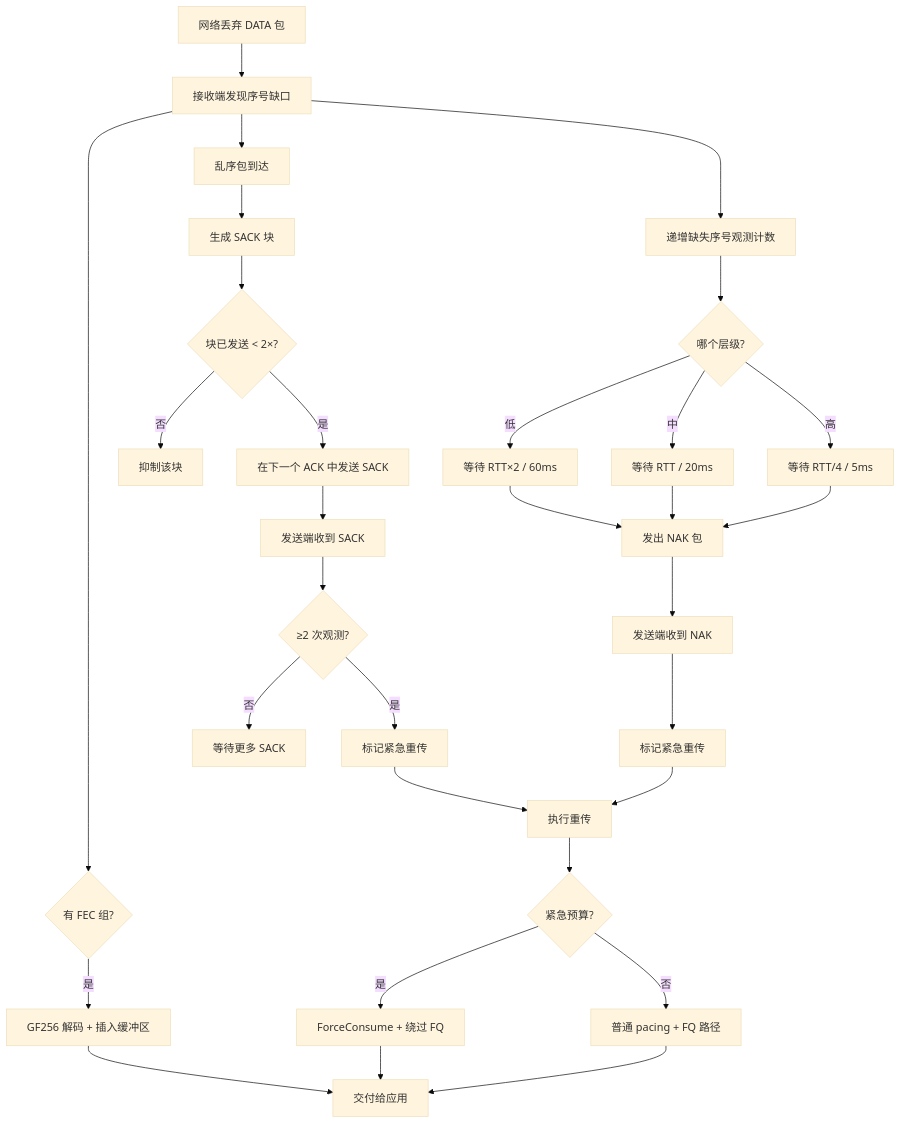
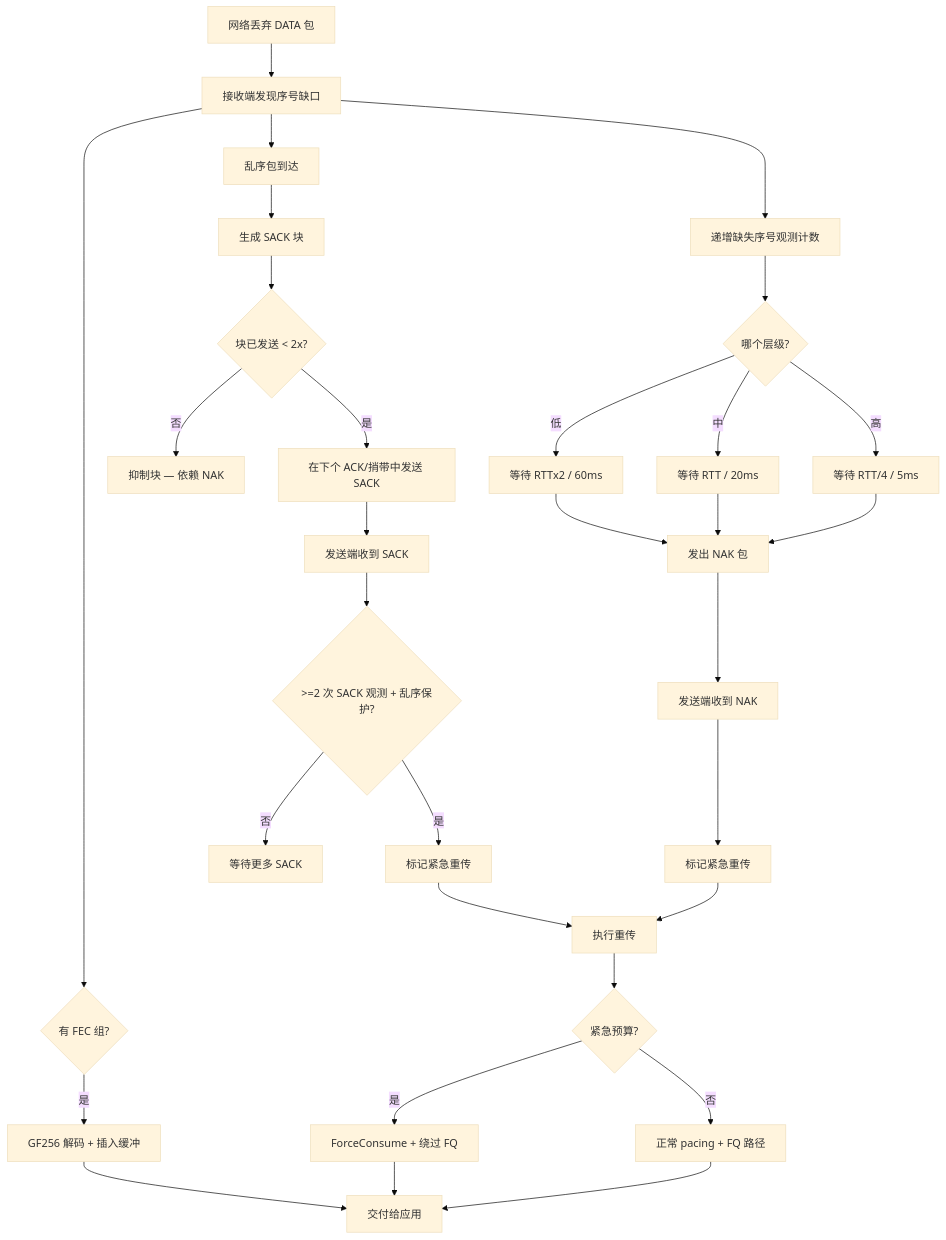
Before and after one commit to liulilittle/ucp: the fourth of 4 diagrams in docs/performance_CN.md, drawn with Mermaid (base theme). The commit also changed other lines of this file and 17 other files, not shown here.

````diff
--- a/docs/performance_CN.md
+++ b/docs/performance_CN.md
@@ -132,41 +153,41 @@
 ```mermaid
 flowchart TD
     Drop[网络丢弃 DATA 包] --> Gap[接收端发现序号缺口]
 
     Gap --> OutOfOrder[乱序包到达]
     OutOfOrder --> SackGen[生成 SACK 块]
-    SackGen --> SackLimit{块已发送 < 2×?}
-    SackLimit -->|是| SackSend[在下一个 ACK 中发送 SACK]
-    SackLimit -->|否| SackSuppress[抑制该块]
+    SackGen --> SackLimit{块已发送 < 2x?}
+    SackLimit -->|是| SackSend[在下个 ACK/捎带中发送 SACK]
+    SackLimit -->|否| SackSuppress[抑制块 — 依赖 NAK]
 
     SackSend --> SackRecv[发送端收到 SACK]
-    SackRecv --> SackEval{≥2 次观测?}
+    SackRecv --> SackEval{>=2 次 SACK 观测 + 乱序保护?}
     SackEval -->|是| SackRepair[标记紧急重传]
     SackEval -->|否| SackWait[等待更多 SACK]
 
     Gap --> ObsCount[递增缺失序号观测计数]
     ObsCount --> NakTier{哪个层级?}
-    NakTier -->|低| NakGuard1[等待 RTT×2 / 60ms]
+    NakTier -->|低| NakGuard1[等待 RTTx2 / 60ms]
     NakTier -->|中| NakGuard2[等待 RTT / 20ms]
     NakTier -->|高| NakGuard3[等待 RTT/4 / 5ms]
     NakGuard1 --> NakEmit[发出 NAK 包]
     NakGuard2 --> NakEmit
     NakGuard3 --> NakEmit
 
     NakEmit --> NakRecv[发送端收到 NAK]
     NakRecv --> NakRepair[标记紧急重传]
 
     SackRepair --> Repair[执行重传]
     NakRepair --> Repair
 
     Repair --> Urgent{紧急预算?}
     Urgent -->|是| ForceSend[ForceConsume + 绕过 FQ]
-    Urgent -->|否| NormalSend[普通 pacing + FQ 路径]
+    Urgent -->|否| NormalSend[正常 pacing + FQ 路径]
 
     Gap --> FecCheck{有 FEC 组?}
-    FecCheck -->|是| FecRepair[GF256 解码 + 插入缓冲区]
+    FecCheck -->|是| FecRepair[GF256 解码 + 插入缓冲]
     FecRepair --> Deliver[交付给应用]
 
     ForceSend --> Deliver
     NormalSend --> Deliver
 ```
````
